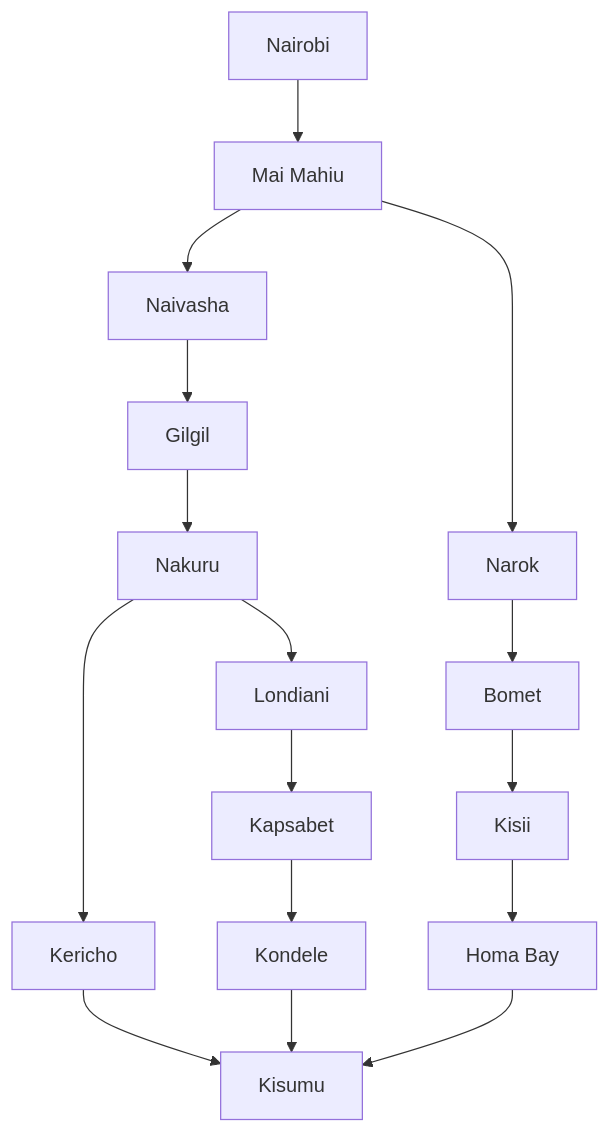
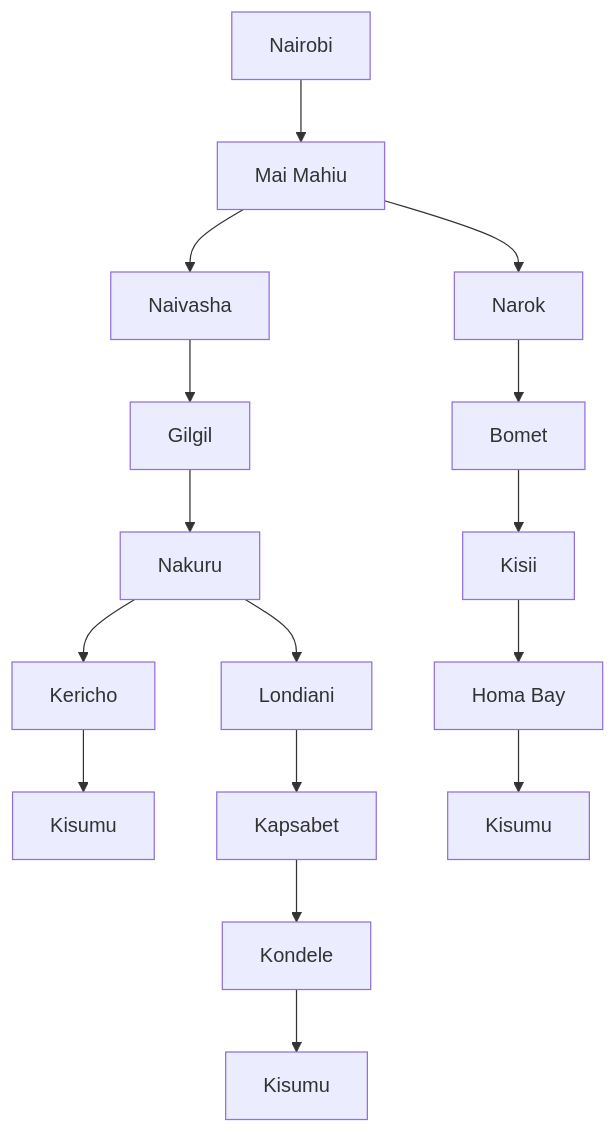
The third of 4 diagrams in Design.md (Ivan-Mayabi/PS-Agents), drawn with Mermaid before and after one commit. The commit also changed other lines of this file, not shown here.

````diff
--- a/Design.md
+++ b/Design.md
@@ -97,19 +97,19 @@
 ```mermaid
-graph TD 
+graph TD
   Nairobi --> MaiMahiu[Mai Mahiu]
-  MaiMahiu --> Naivasha
-  MaiMahiu --> Narok
-  Naivasha --> Gilgil
-  Gilgil --> Nakuru
-  Nakuru --> Kericho
-  Nakuru --> Londiani
-  Kericho --> Kisumu
-  Londiani --> Kapsabet
-  Kapsabet --> Kondele
-  Kondele --> Kisumu
-  Narok --> Bomet
-  Bomet --> Kisii
+  MaiMahiu --> Naivasha[Naivasha]
+  MaiMahiu --> Narok[Narok]
+  Naivasha --> Gilgil[Gilgil]
+  Gilgil --> Nakuru[Nakuru]
+  Nakuru --> Kericho[Kericho]
+  Nakuru --> Londiani[Londiani]
+  Kericho --> Kisumu1[Kisumu]
+  Londiani --> Kapsabet[Kapsabet]
+  Kapsabet --> Kondele[Kondele]
+  Kondele --> Kisumu2[Kisumu]
+  Narok --> Bomet[Bomet]
+  Bomet --> Kisii[Kisii]
   Kisii --> HomaBay[Homa Bay]
-  HomaBay --> Kisumu
+  HomaBay --> Kisumu3[Kisumu]
 
 ```
````
